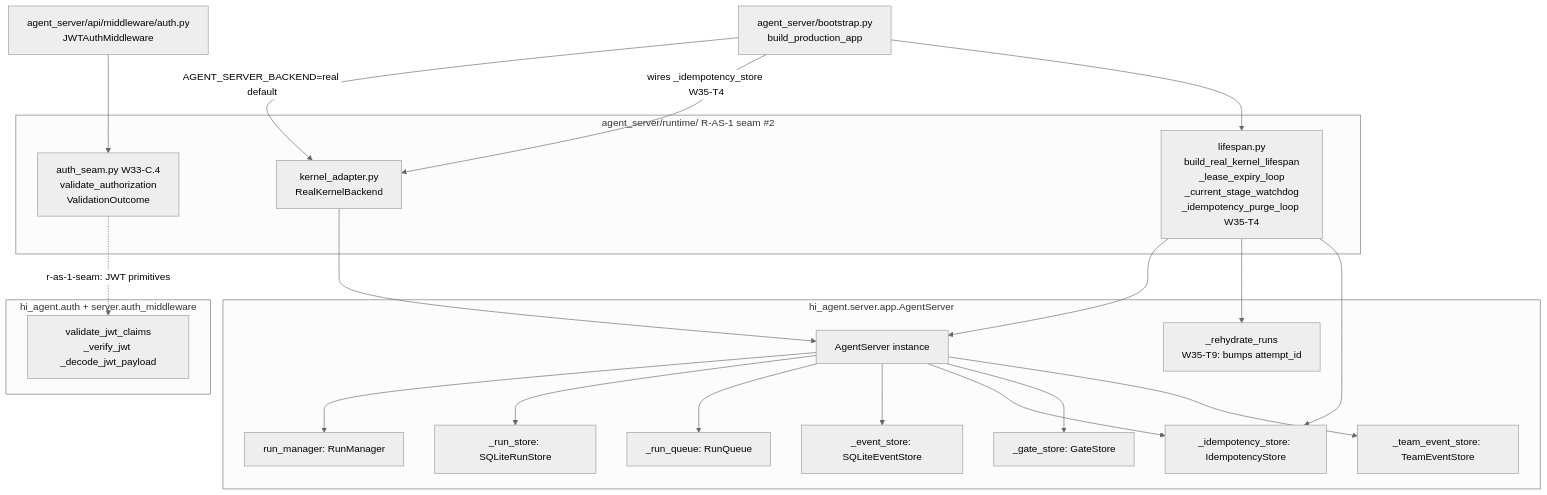
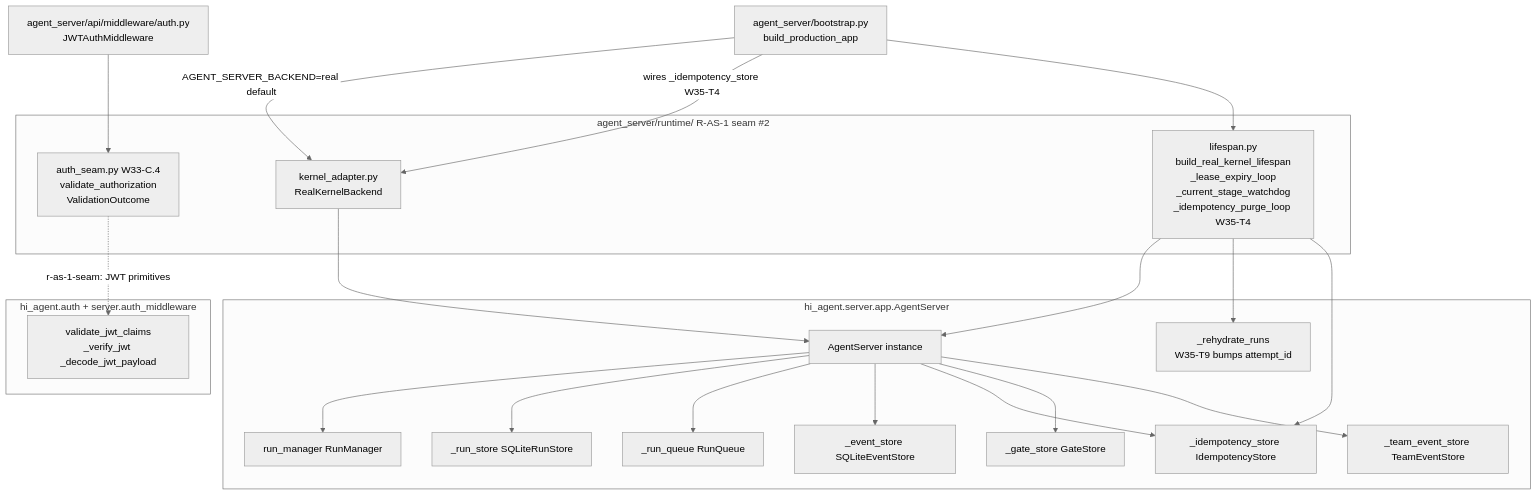
Before and after one commit to chaosxingxc-orion/hi-agent: the first of 3 diagrams in agent_server/runtime/ARCHITECTURE.md, drawn with Mermaid (neutral theme). The commit also changed 3 other files, not shown here.

First line of the commit message:
[W35] ARCHITECTURE.md restructure (12-section template) + T3 Real (Volces) PASS at 1cf6380

````diff
--- a/agent_server/runtime/ARCHITECTURE.md
+++ b/agent_server/runtime/ARCHITECTURE.md
@@ -67,44 +67,44 @@
 ```mermaid
 graph TD
     subgraph runtime[agent_server/runtime/ R-AS-1 seam #2]
         ADAPTER[kernel_adapter.py<br/>RealKernelBackend]
         LIFESPAN[lifespan.py<br/>build_real_kernel_lifespan<br/>_lease_expiry_loop<br/>_current_stage_watchdog<br/>_idempotency_purge_loop W35-T4]
         AUTH[auth_seam.py W33-C.4<br/>validate_authorization<br/>ValidationOutcome]
     end
 
     subgraph hi_agent_umbrella[hi_agent.server.app.AgentServer]
         AS[AgentServer instance]
-        RM[run_manager: RunManager]
-        RS[_run_store: SQLiteRunStore]
-        RQ[_run_queue: RunQueue]
-        ES[_event_store: SQLiteEventStore]
-        IS[_idempotency_store: IdempotencyStore]
-        GS[_gate_store: GateStore]
-        TS[_team_event_store: TeamEventStore]
-        REHYDRATE[_rehydrate_runs<br/>W35-T9: bumps attempt_id]
+        RM[run_manager RunManager]
+        RS[_run_store SQLiteRunStore]
+        RQ[_run_queue RunQueue]
+        ES[_event_store SQLiteEventStore]
+        IS[_idempotency_store IdempotencyStore]
+        GS[_gate_store GateStore]
+        TS[_team_event_store TeamEventStore]
+        REHYDRATE[_rehydrate_runs<br/>W35-T9 bumps attempt_id]
     end
 
     subgraph hi_agent_auth[hi_agent.auth + server.auth_middleware]
         JWTPRIM[validate_jwt_claims<br/>_verify_jwt _decode_jwt_payload]
     end
 
     BOOTSTRAP[agent_server/bootstrap.py<br/>build_production_app]
     APIMW[agent_server/api/middleware/auth.py<br/>JWTAuthMiddleware]
 
     BOOTSTRAP -->|AGENT_SERVER_BACKEND=real default| ADAPTER
     BOOTSTRAP -->|wires _idempotency_store W35-T4| ADAPTER
     BOOTSTRAP --> LIFESPAN
     LIFESPAN --> AS
     ADAPTER --> AS
     AS --> RM
     AS --> RS
     AS --> RQ
     AS --> ES
     AS --> IS
     AS --> GS
     AS --> TS
     LIFESPAN --> REHYDRATE
     LIFESPAN --> IS
     APIMW --> AUTH
     AUTH -. r-as-1-seam: JWT primitives .-> JWTPRIM
 ```
````
